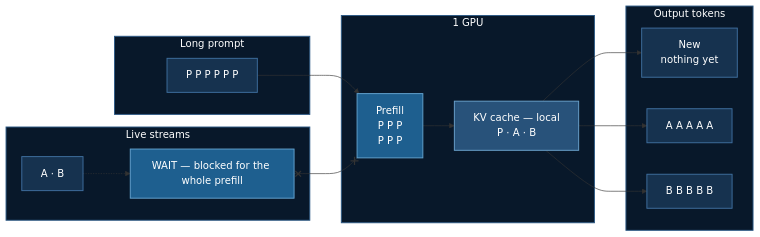
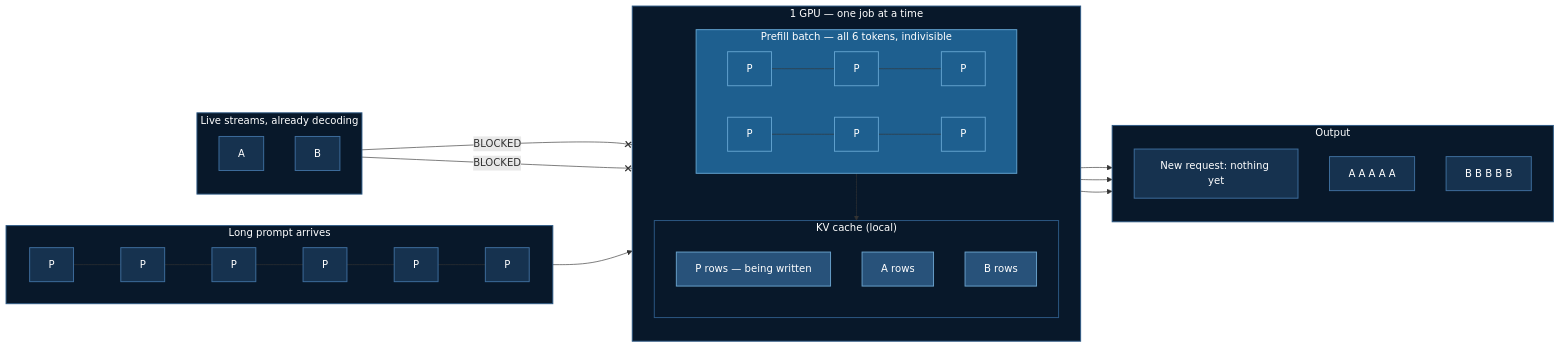
Before and after one commit to yiqiao-yin/deepspeed-course: the first of 4 diagrams in docusaurus-docs/docs/tutorials/llms/prefill-decode-scheduling.md, drawn with Mermaid. The commit also changed other lines of this file, not shown here.

First line of the commit message:
docs: draw the relationships, and stop implying one policy wins (#67)

````diff
--- a/docusaurus-docs/docs/tutorials/llms/prefill-decode-scheduling.md
+++ b/docusaurus-docs/docs/tutorials/llms/prefill-decode-scheduling.md
@@ -29,38 +29,56 @@
 ```mermaid
 flowchart LR
-    subgraph IN1["Long prompt"]
-        P1["P P P P P P"]
-    end
-    subgraph LS1["Live streams"]
-        AB1["A · B"]
-        W1["WAIT — blocked for the whole prefill"]
-    end
-    subgraph G1["1 GPU"]
-        PF1["Prefill<br/>P P P<br/>P P P"]
-        KV1["KV cache — local<br/>P · A · B"]
-    end
-    subgraph O1["Output tokens"]
-        N1["New<br/>nothing yet"]
-        OA1["A A A A A"]
-        OB1["B B B B B"]
+    subgraph REQ["Long prompt arrives"]
+        direction LR
+        p1["P"] --- p2["P"] --- p3["P"] --- p4["P"] --- p5["P"] --- p6["P"]
     end
 
-    P1 --> PF1
-    AB1 -.-> W1
-    W1 x--x PF1
-    PF1 --> KV1
-    KV1 --> N1
-    KV1 --> OA1
-    KV1 --> OB1
+    subgraph LIVE["Live streams, already decoding"]
+        direction TB
+        sA["A"]
+        sB["B"]
+    end
+
+    subgraph GPU["1 GPU — one job at a time"]
+        direction TB
+        subgraph BATCH["Prefill batch — all 6 tokens, indivisible"]
+            direction LR
+            b1["P"] --- b2["P"] --- b3["P"]
+            b4["P"] --- b5["P"] --- b6["P"]
+        end
+        subgraph KVC["KV cache (local)"]
+            direction TB
+            kP["P rows — being written"]
+            kA["A rows"]
+            kB["B rows"]
+        end
+        BATCH --> KVC
+    end
+
+    subgraph OUT["Output"]
+        direction TB
+        oN["New request: nothing yet"]
+        oA["A A A A A"]
+        oB["B B B B B"]
+    end
+
+    p6 --> BATCH
+    sA --x|"BLOCKED"| GPU
+    sB --x|"BLOCKED"| GPU
+    kA --> oA
+    kB --> oB
+    kP --> oN
 
     classDef deep   fill:#08182a,stroke:#2d5a86,stroke-width:1.5px,color:#ffffff
     classDef dark   fill:#0a1f33,stroke:#2d5a86,stroke-width:1.5px,color:#ffffff
     classDef base   fill:#16324f,stroke:#3f6f9f,stroke-width:1.5px,color:#ffffff
     classDef bright fill:#1e5f8f,stroke:#63a3d0,stroke-width:1.5px,color:#ffffff
     classDef steel  fill:#28527a,stroke:#6aa2cd,stroke-width:1.5px,color:#ffffff
 
-    class IN1,LS1,G1,O1 deep
-    class P1,AB1,N1,OA1,OB1 base
-    class KV1 steel
-    class PF1,W1 bright
+    class REQ,LIVE,GPU,OUT,KVC deep
+    class p1,p2,p3,p4,p5,p6,oN,oA,oB base
+    class kP,kA,kB steel
+    class BATCH bright
+    class b1,b2,b3,b4,b5,b6 bright
+    class sA,sB base
 ```
````
